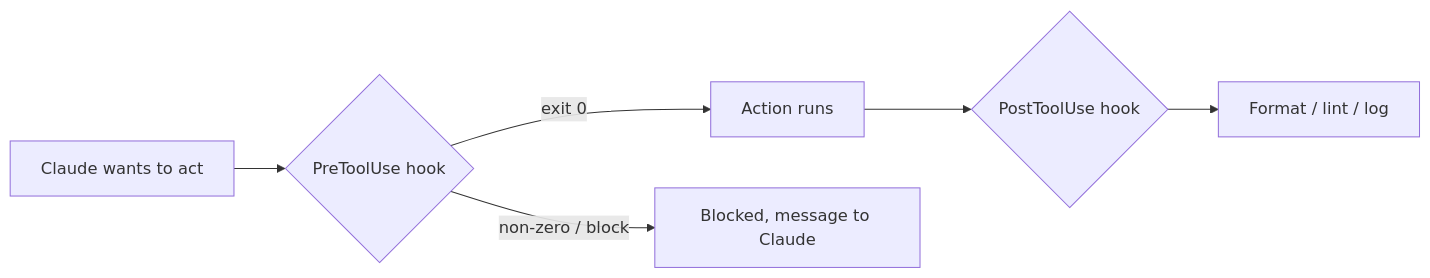
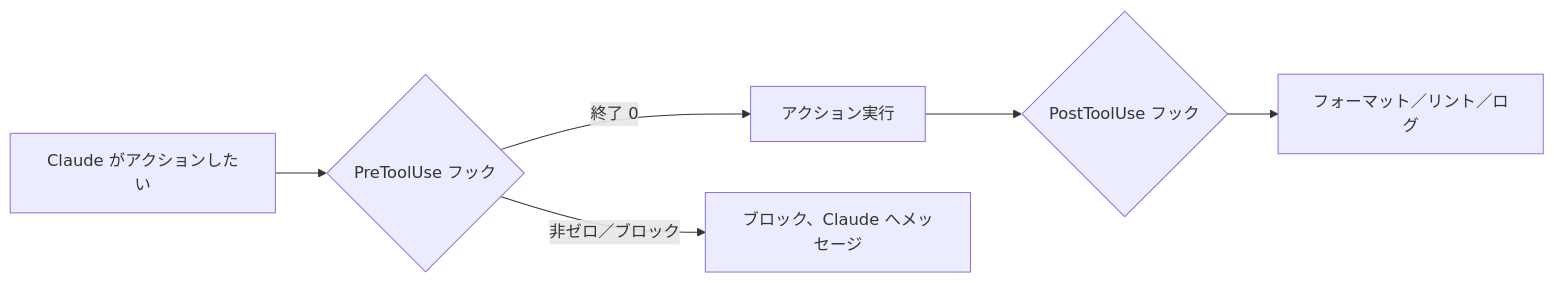
The diagram in i18n/ja/docusaurus-plugin-content-docs/current/claude-code/hooks.mdx (derob98/ailmanac), drawn with Mermaid before and after one commit. The commit also changed other lines of this file and 5 other files, not shown here.

````diff
--- a/i18n/ja/docusaurus-plugin-content-docs/current/claude-code/hooks.mdx
+++ b/i18n/ja/docusaurus-plugin-content-docs/current/claude-code/hooks.mdx
@@ -63,8 +75,8 @@
 ```mermaid
 flowchart LR
-  A[Claude wants to act] --> B{PreToolUse hook}
-  B -->|exit 0| C[Action runs]
-  B -->|non-zero / block| X[Blocked, message to Claude]
-  C --> D{PostToolUse hook}
-  D --> E[Format / lint / log]
+  A[Claude がアクションしたい] --> B{PreToolUse フック}
+  B -->|終了 0| C[アクション実行]
+  B -->|非ゼロ／ブロック| X[ブロック、Claude へメッセージ]
+  C --> D{PostToolUse フック}
+  D --> E[フォーマット／リント／ログ]
 ```
````
